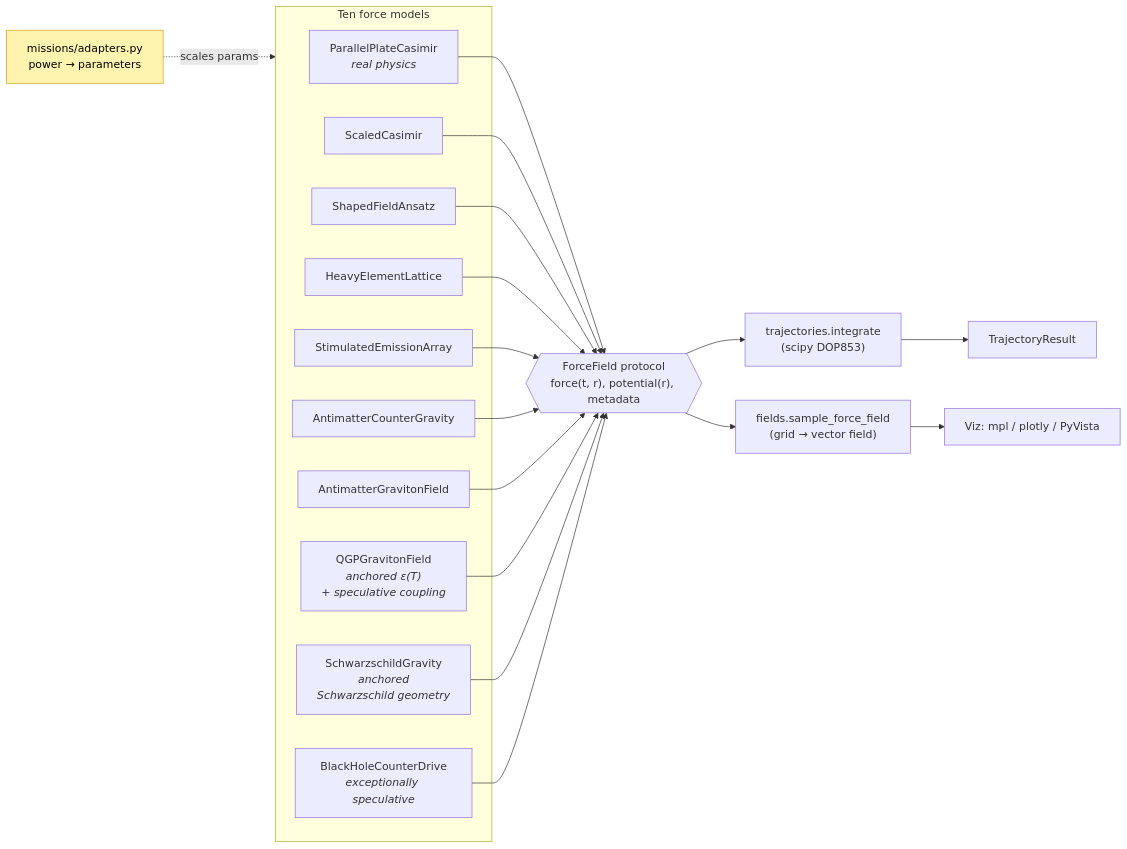
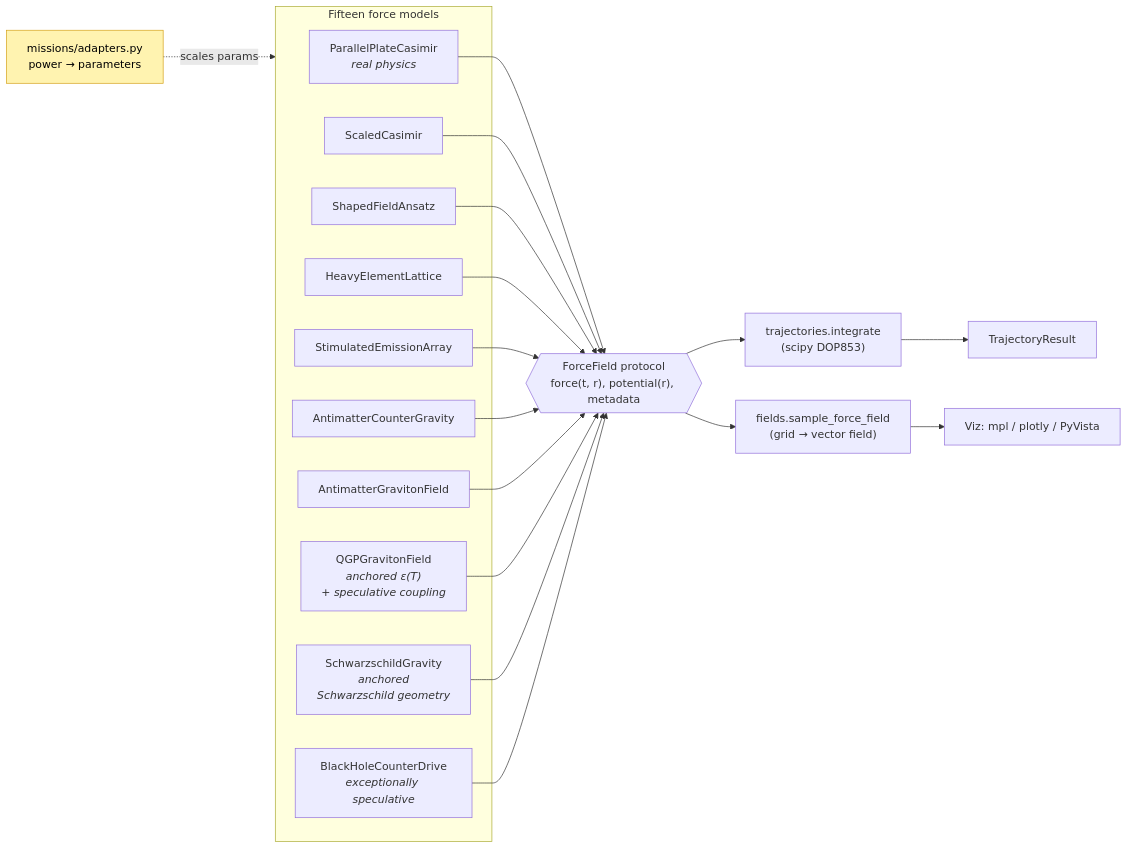
One commit to sonoransun/usetheforceluke changed the first of 6 diagrams in README.md. Above: the diagram before and after it, drawn with Mermaid. The commit also changed other lines of this file and 26 other files, not shown here.

````diff
--- a/README.md
+++ b/README.md
@@ -23,32 +24,32 @@
 ```mermaid
 flowchart LR
-    subgraph Avenues["Ten force models"]
+    subgraph Avenues["Fifteen force models"]
         C1["ParallelPlateCasimir<br/><i>real physics</i>"]
         C2[ScaledCasimir]
         Q1[ShapedFieldAnsatz]
         Q2[HeavyElementLattice]
         Q3[StimulatedEmissionArray]
         A1[AntimatterCounterGravity]
         A2[AntimatterGravitonField]
         QG["QGPGravitonField<br/><i>anchored ε(T)<br/>+ speculative coupling</i>"]
         BH1["SchwarzschildGravity<br/><i>anchored<br/>Schwarzschild geometry</i>"]
         BH2["BlackHoleCounterDrive<br/><i>exceptionally speculative</i>"]
     end
     P{{"ForceField protocol<br/>force(t, r), potential(r), metadata"}}
     C1 --> P
     C2 --> P
     Q1 --> P
     Q2 --> P
     Q3 --> P
     A1 --> P
     A2 --> P
     QG --> P
     BH1 --> P
     BH2 --> P
     P --> T["trajectories.integrate<br/>(scipy DOP853)"]
     P --> S["fields.sample_force_field<br/>(grid → vector field)"]
     T --> R[TrajectoryResult]
     S --> V[Viz: mpl / plotly / PyVista]
     M["missions/adapters.py<br/>power → parameters"]:::spec -.scales params.-> Avenues
     classDef spec fill:#fff3b0,stroke:#d4a017,color:#000
 ```
````
